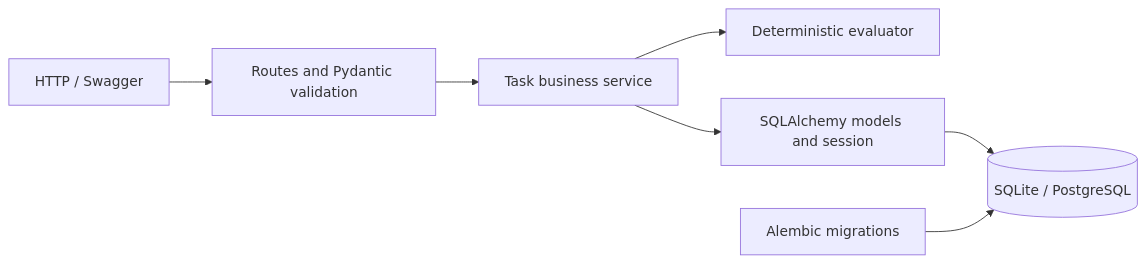
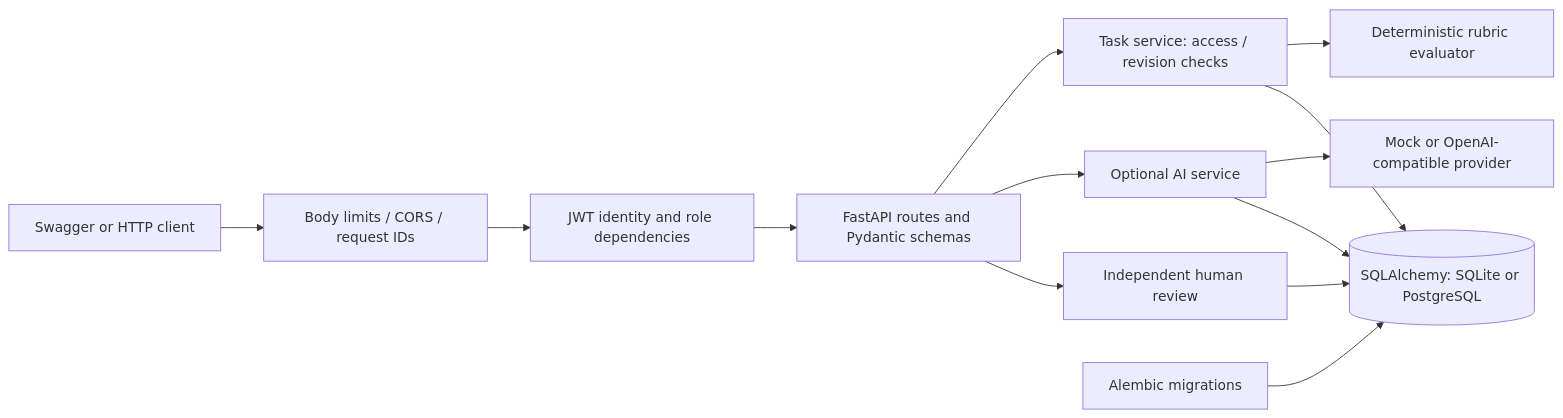
One commit to BelemaBeyonce/apiforge changed the diagram in README.md. Above: the diagram before and after it, drawn with Mermaid. The commit also changed other lines of this file and 47 other files, not shown here.

Commit message:
Add authenticated task ownership, preserved history and optional AI review

````diff
--- a/README.md
+++ b/README.md
@@ -39,9 +45,15 @@
 ```mermaid
 flowchart LR
-    HTTP[HTTP / Swagger] --> API[Routes and Pydantic validation]
-    API --> Service[Task business service]
-    Service --> Engine[Deterministic evaluator]
-    Service --> ORM[SQLAlchemy models and session]
-    ORM --> DB[(SQLite / PostgreSQL)]
+    Client[Swagger or HTTP client] --> Limits[Body limits / CORS / request IDs]
+    Limits --> Auth[JWT identity and role dependencies]
+    Auth --> API[FastAPI routes and Pydantic schemas]
+    API --> Tasks[Task service: access / revision checks]
+    Tasks --> Baseline[Deterministic rubric evaluator]
+    Tasks --> DB[(SQLAlchemy: SQLite or PostgreSQL)]
+    API --> AI[Optional AI service]
+    AI --> Provider[Mock or OpenAI-compatible provider]
+    AI --> DB
+    API --> Review[Independent human review]
+    Review --> DB
     Alembic[Alembic migrations] --> DB
 ```
````
